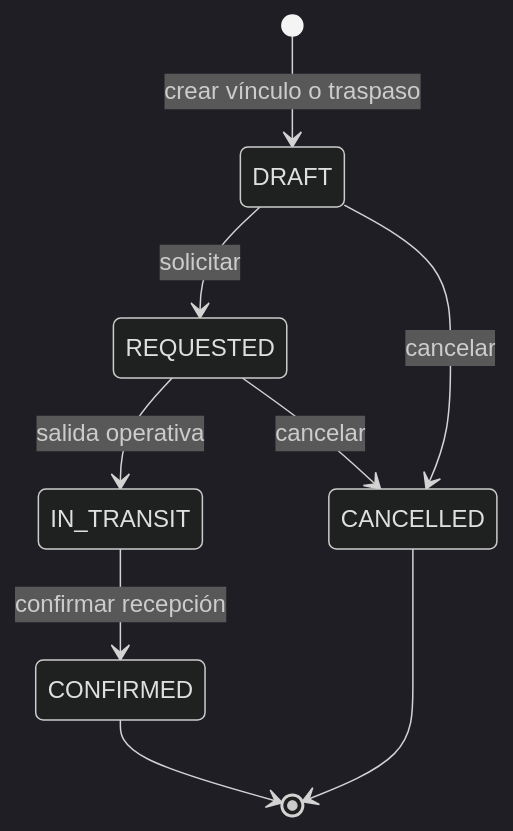
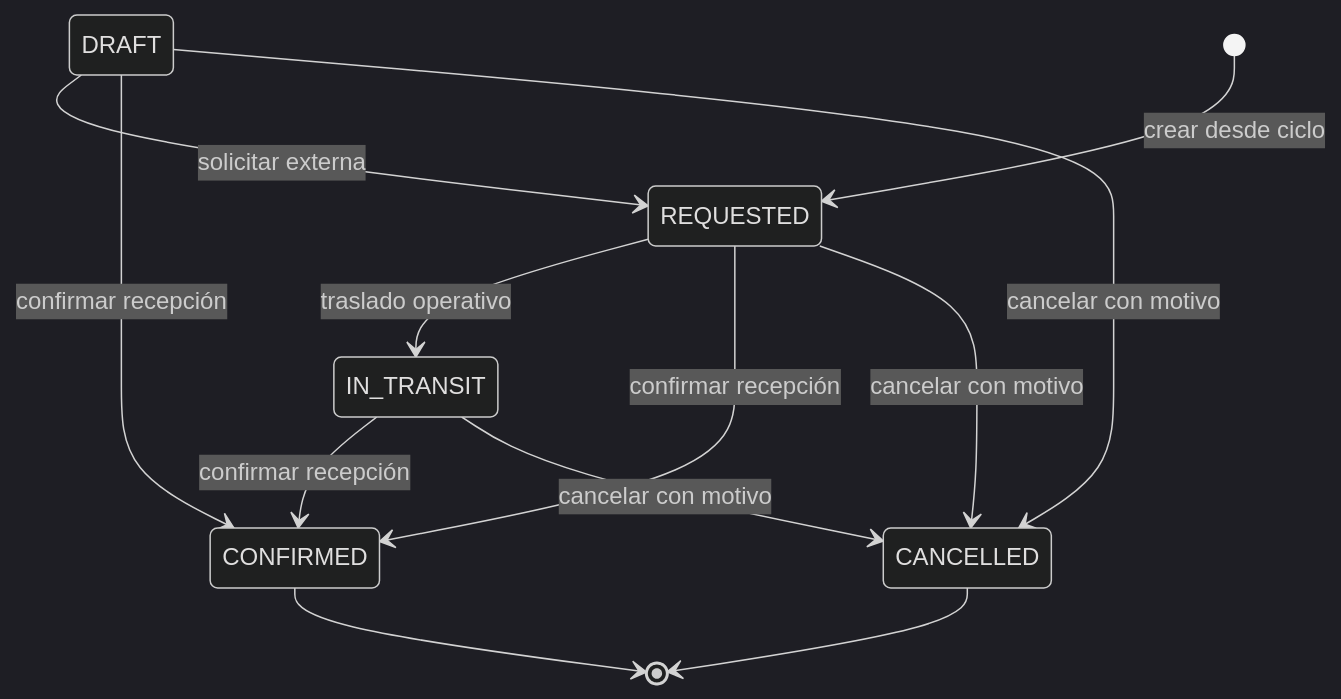
Before and after one commit to MarcosZamudio06/Los-Pollos-Distribuidora: the second of 2 diagrams in openspec/changes/add-cedis-branch-supply-cycle/state-diagram.md, drawn with Mermaid (dark theme). The commit also changed other lines of this file and 43 other files, not shown here.

````diff
--- a/openspec/changes/add-cedis-branch-supply-cycle/state-diagram.md
+++ b/openspec/changes/add-cedis-branch-supply-cycle/state-diagram.md
@@ -25,11 +25,14 @@
 ```mermaid
 stateDiagram-v2
-    [*] --> DRAFT: crear vínculo o traspaso
-    DRAFT --> REQUESTED: solicitar
-    REQUESTED --> IN_TRANSIT: salida operativa
+    [*] --> REQUESTED: crear desde ciclo
+    DRAFT --> REQUESTED: solicitar externa
+    REQUESTED --> IN_TRANSIT: traslado operativo
+    DRAFT --> CONFIRMED: confirmar recepción
+    REQUESTED --> CONFIRMED: confirmar recepción
     IN_TRANSIT --> CONFIRMED: confirmar recepción
-    DRAFT --> CANCELLED: cancelar
-    REQUESTED --> CANCELLED: cancelar
+    DRAFT --> CANCELLED: cancelar con motivo
+    REQUESTED --> CANCELLED: cancelar con motivo
+    IN_TRANSIT --> CANCELLED: cancelar con motivo
     CONFIRMED --> [*]
     CANCELLED --> [*]
 ```
````
